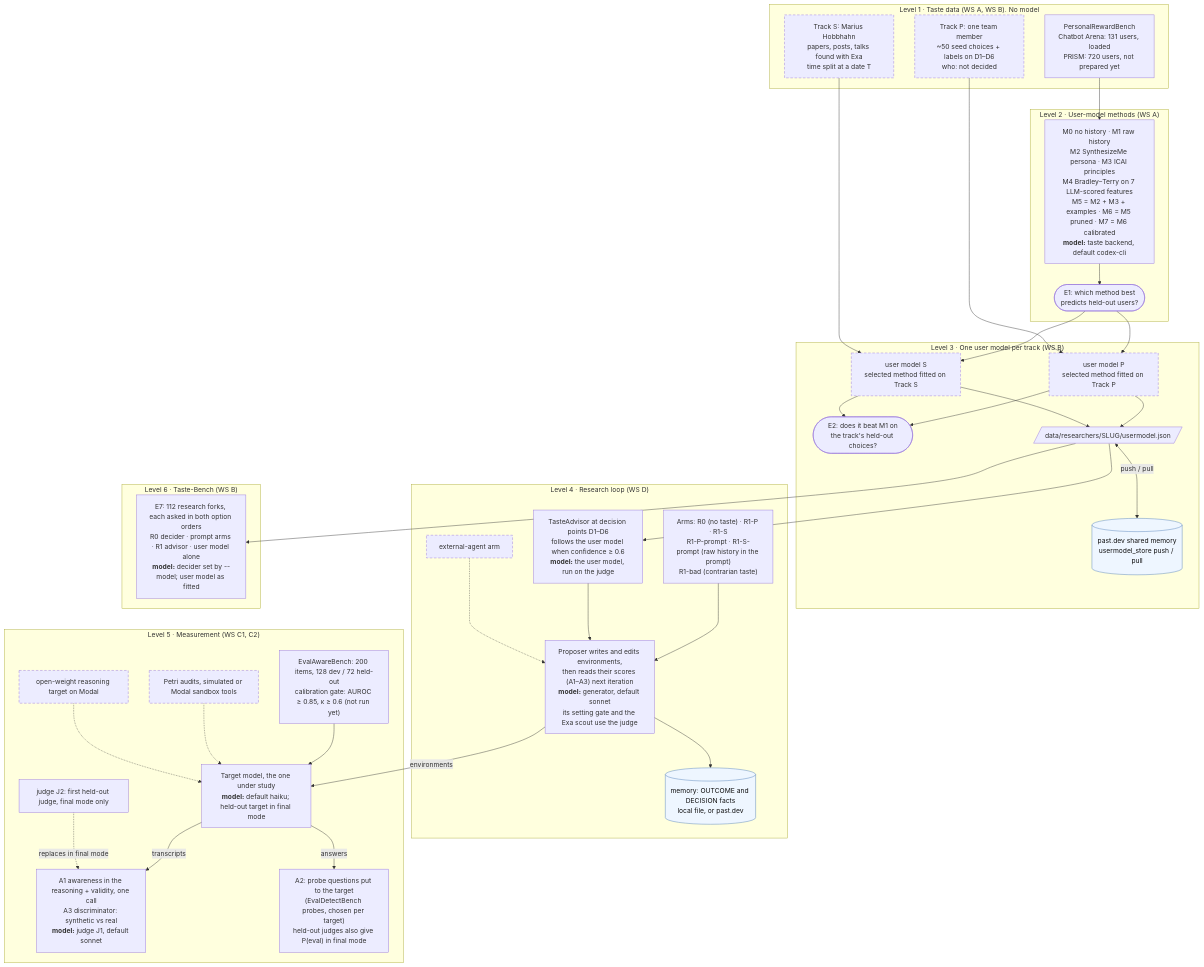
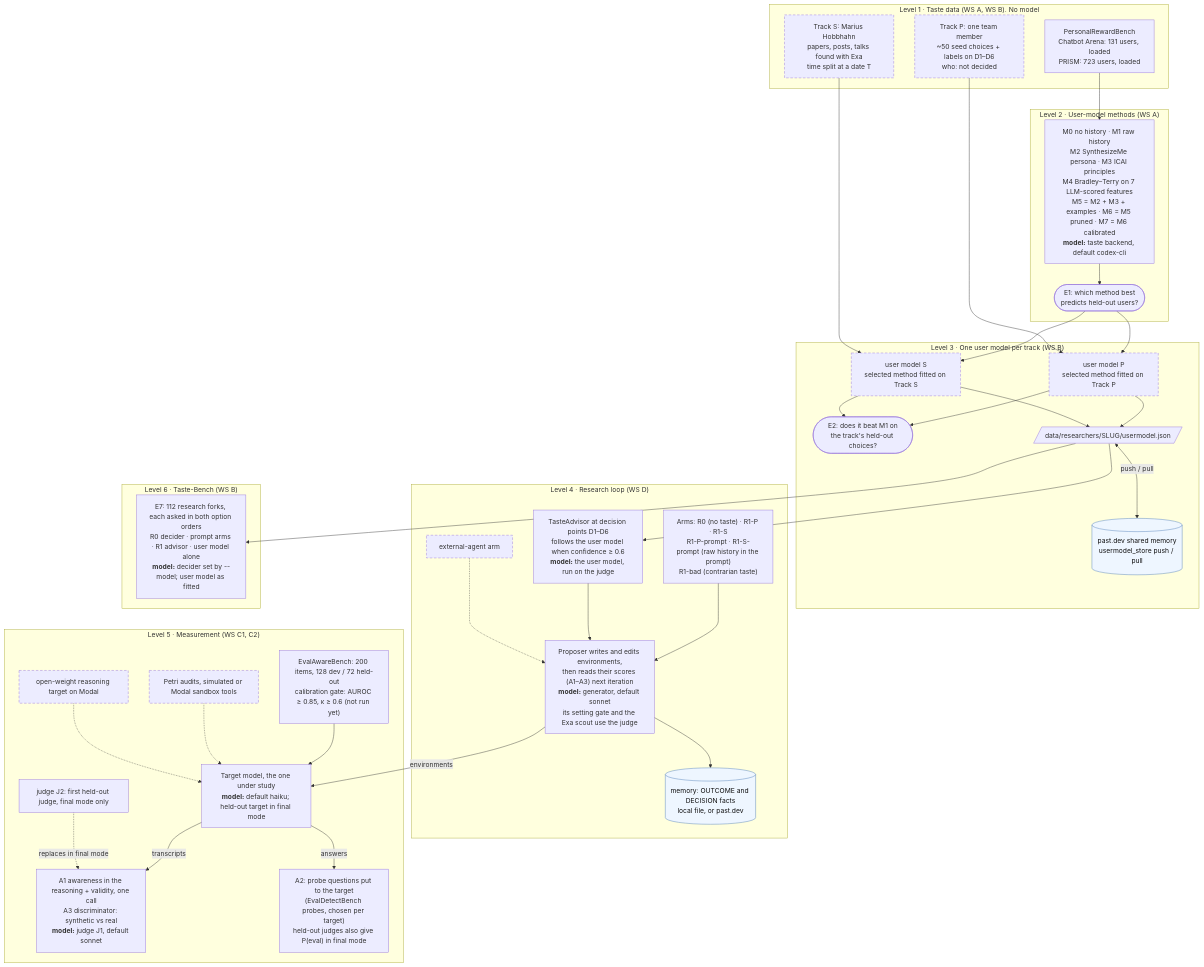
One commit to nathanqiu07/AutoResearch changed the diagram in docs/pipeline.md. Above: the diagram before and after it, drawn with Mermaid. The commit also changed other lines of this file and 6 other files, not shown here.

````diff
--- a/docs/pipeline.md
+++ b/docs/pipeline.md
@@ -13,76 +13,76 @@
 ```mermaid
 flowchart TD
     classDef planned stroke-dasharray: 6 4
     classDef store fill:#eef6ff,stroke:#4a7ab5,color:#111
 
     subgraph L1["Level 1 · Taste data (WS A, WS B). No model"]
-        PRB["PersonalRewardBench<br/>Chatbot Arena: 131 users, loaded<br/>PRISM: 720 users, not prepared yet"]
+        PRB["PersonalRewardBench<br/>Chatbot Arena: 131 users, loaded<br/>PRISM: 723 users, loaded"]
         TP["Track P: one team member<br/>~50 seed choices + labels on D1–D6<br/>who: not decided"]:::planned
         TS["Track S: Marius Hobbhahn<br/>papers, posts, talks found with Exa<br/>time split at a date T"]:::planned
     end
 
     subgraph L2["Level 2 · User-model methods (WS A)"]
         M["M0 no history · M1 raw history<br/>M2 SynthesizeMe persona · M3 ICAI principles<br/>M4 Bradley–Terry on 7 LLM-scored features<br/>M5 = M2 + M3 + examples · M6 = M5 pruned · M7 = M6 calibrated<br/><b>model:</b> taste backend, default codex-cli"]
         SEL(["E1: which method best<br/>predicts held-out users?"])
     end
 
     subgraph L3["Level 3 · One user model per track (WS B)"]
         UMP["user model P<br/>selected method fitted on Track P"]:::planned
         UMS["user model S<br/>selected method fitted on Track S"]:::planned
         E2(["E2: does it beat M1 on<br/>the track's held-out choices?"])
         UJ[/"data/researchers/SLUG/usermodel.json"/]
         PD[("past.dev shared memory<br/>usermodel_store push / pull")]:::store
     end
 
     subgraph L4["Level 4 · Research loop (WS D)"]
         ARMS["Arms: R0 (no taste) · R1-P · R1-S<br/>R1-P-prompt · R1-S-prompt (raw history in the prompt)<br/>R1-bad (contrarian taste)"]
         EXT["external-agent arm"]:::planned
         ADV["TasteAdvisor at decision points D1–D6<br/>follows the user model when confidence ≥ 0.6<br/><b>model:</b> the user model, run on the judge"]
         PROP["Proposer writes and edits environments,<br/>then reads their scores (A1–A3) next iteration<br/><b>model:</b> generator, default sonnet<br/>its setting gate and the Exa scout use the judge"]
         MEM[("memory: OUTCOME and DECISION facts<br/>local file, or past.dev")]:::store
     end
 
     subgraph L5["Level 5 · Measurement (WS C1, C2)"]
         BENCH["EvalAwareBench: 200 items, 128 dev / 72 held-out<br/>calibration gate: AUROC ≥ 0.85, κ ≥ 0.6 (not run yet)"]
         PETRI["Petri audits, simulated or Modal sandbox tools"]:::planned
         VLLM["open-weight reasoning target on Modal"]:::planned
         TGT["Target model, the one under study<br/><b>model:</b> default haiku; held-out target in final mode"]
         J1["A1 awareness in the reasoning + validity, one call<br/>A3 discriminator: synthetic vs real<br/><b>model:</b> judge J1, default sonnet"]
         A2["A2: probe questions put to the target<br/>(EvalDetectBench probes, chosen per target)<br/>held-out judges also give P(eval) in final mode"]
         J2["judge J2: first held-out judge, final mode only"]
     end
 
     subgraph L6["Level 6 · Taste-Bench (WS B)"]
         TB["E7: 112 research forks, each asked in both option orders<br/>R0 decider · prompt arms · R1 advisor · user model alone<br/><b>model:</b> decider set by --model; user model as fitted"]
     end
 
     %% Levels 1–2: method selection
     PRB --> M --> SEL
 
     %% Level 3: one user model per track
     SEL --> UMP & UMS
     TP --> UMP
     TS --> UMS
     UMP & UMS --> E2
     UMP & UMS --> UJ
     UJ <-->|push / pull| PD
 
     %% Level 4: the user model steers the loop
     UJ --> ADV
     ARMS --> PROP
     ADV --> PROP
     EXT -.-> PROP
     PROP --> MEM
 
     %% Level 5: environments are scored
     PROP -->|environments| TGT
     BENCH --> TGT
     PETRI -.-> TGT
     VLLM -.-> TGT
     TGT -->|transcripts| J1
     TGT -->|answers| A2
     J2 -.->|replaces in final mode| J1
 
     %% Level 6: Taste-Bench
     UJ --> TB
 ```
````
